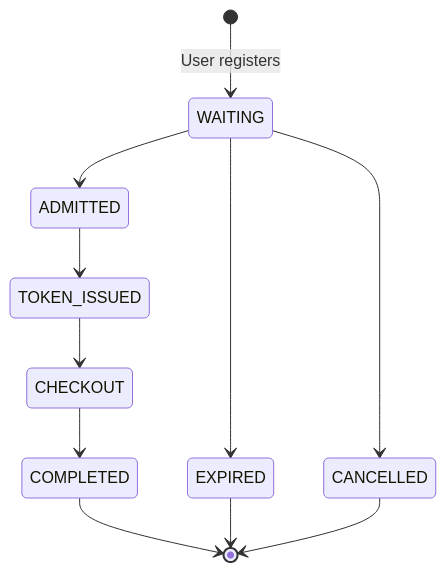
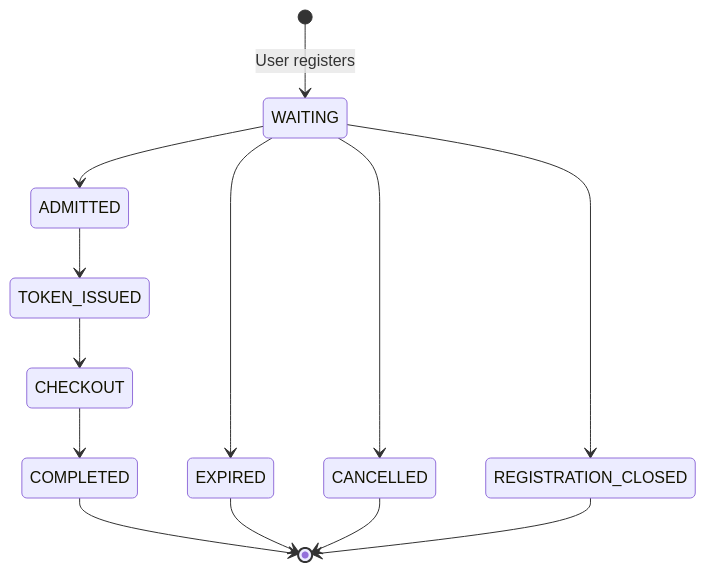
The third of 5 diagrams in docs/04-data-model.md (Afffan16/football-virtual-waiting-room), drawn with Mermaid before and after one commit. The commit also changed other lines of this file and 38 other files, not shown here.

````diff
--- a/docs/04-data-model.md
+++ b/docs/04-data-model.md
@@ -117,13 +123,15 @@
 ```mermaid
 stateDiagram-v2
     [*] --> WAITING: User registers
     WAITING --> ADMITTED
     ADMITTED --> TOKEN_ISSUED
     TOKEN_ISSUED --> CHECKOUT
     CHECKOUT --> COMPLETED
     COMPLETED --> [*]
     WAITING --> EXPIRED
     WAITING --> CANCELLED
+    WAITING --> REGISTRATION_CLOSED
     EXPIRED --> [*]
     CANCELLED --> [*]
+    REGISTRATION_CLOSED --> [*]
 ```
````
